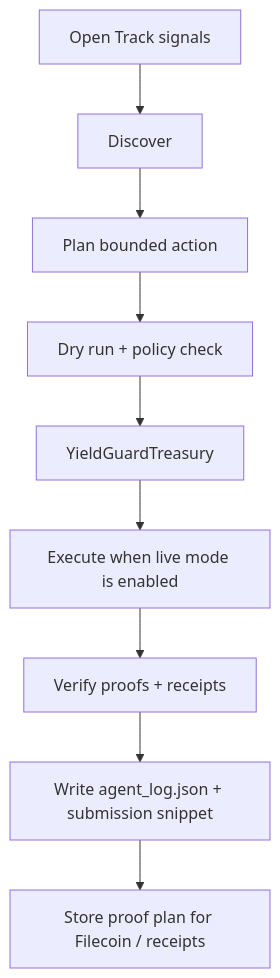
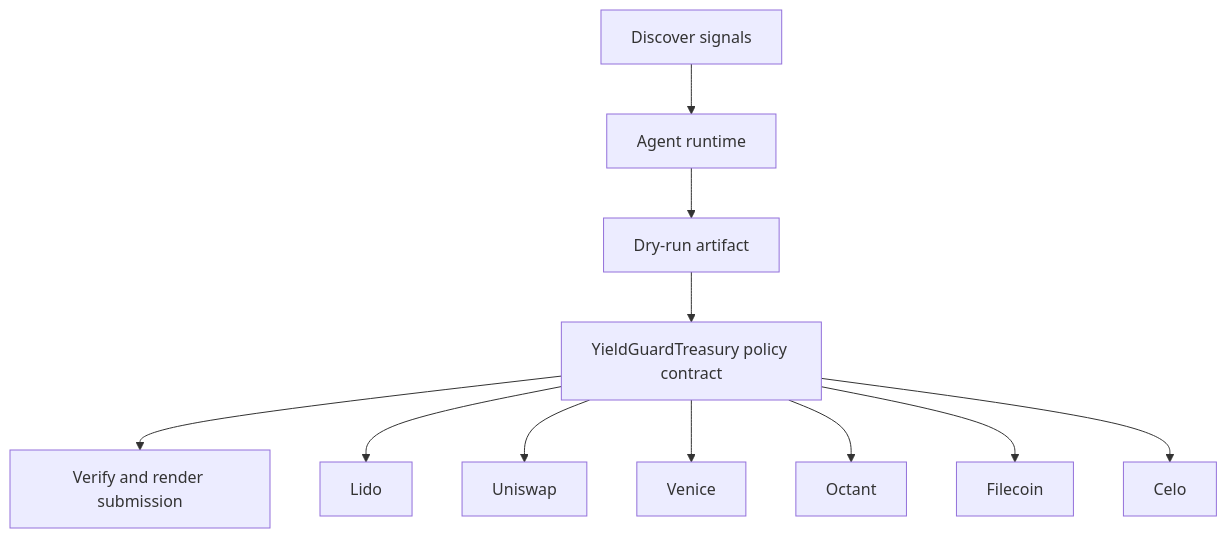
One commit to CrystallineButterfly/Synthesis-YieldGuard-OpenTrack changed the diagram in docs/architecture.mmd. Above: the diagram before and after it, drawn with Mermaid. The commit also changed 998 other files, not shown here.

Commit message:
Implement bounded agent runtime

```diff
--- a/docs/architecture.mmd
+++ b/docs/architecture.mmd
@@ -1,9 +1,13 @@
 flowchart TD
-    Signals[Open Track signals] --> Discover[Discover]
-    Discover --> Plan[Plan bounded action]
-    Plan --> DryRun[Dry run + policy check]
-    DryRun --> Guard[YieldGuardTreasury]
-    Guard --> Execute[Execute when live mode is enabled]
-    Execute --> Verify[Verify proofs + receipts]
-    Verify --> Persist[Write agent_log.json + submission snippet]
-    Persist --> Storage[Store proof plan for Filecoin / receipts]
+    Signals[Discover signals]
+    Planner[Agent runtime]
+    DryRun[Dry-run artifact]
+    Contract[YieldGuardTreasury policy contract]
+    Verify[Verify and render submission]
+    Signals --> Planner --> DryRun --> Contract --> Verify
+    Contract --> lido[Lido]
+    Contract --> uniswap[Uniswap]
+    Contract --> venice[Venice]
+    Contract --> octant[Octant]
+    Contract --> filecoin[Filecoin]
+    Contract --> celo[Celo]
```
